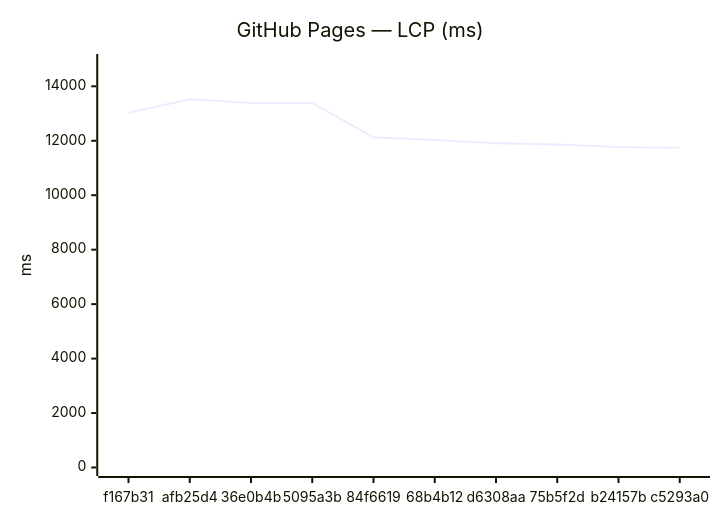
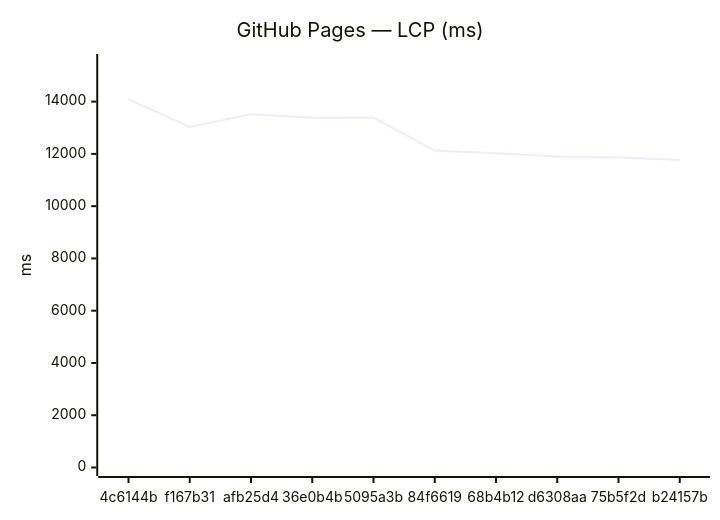
Before and after one commit to Metaheurist/Rianell: the third of 18 diagrams in benchmarks/compare.md, drawn with Mermaid. The commit also changed other lines of this file and 11 other files, not shown here.

````diff
--- a/benchmarks/compare.md
+++ b/benchmarks/compare.md
@@ -54,7 +54,7 @@
 ```mermaid
 xychart-beta
     title "GitHub Pages — LCP (ms)"
-    x-axis ["f167b31", "afb25d4", "36e0b4b", "5095a3b", "84f6619", "68b4b12", "d6308aa", "75b5f2d", "b24157b", "c5293a0"]
-    y-axis "ms" 0 --> 14874
-    line [13032, 13521, 13383, 13388, 12127, 12028, 11904, 11863, 11768, 11742]
+    x-axis ["4c6144b", "f167b31", "afb25d4", "36e0b4b", "5095a3b", "84f6619", "68b4b12", "d6308aa", "75b5f2d", "b24157b"]
+    y-axis "ms" 0 --> 15497
+    line [14088, 13032, 13521, 13383, 13388, 12127, 12028, 11904, 11863, 11768]
 ```
````
